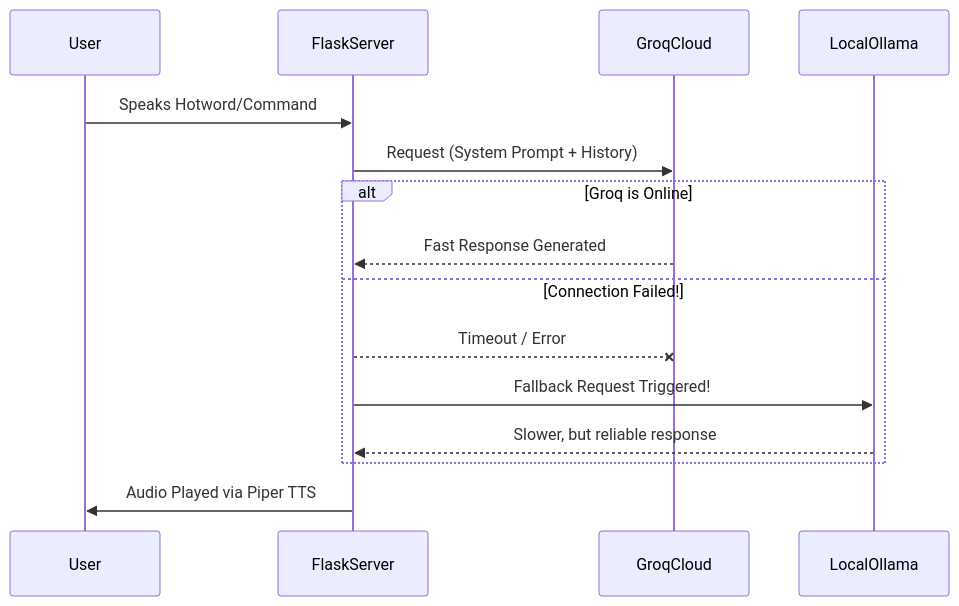
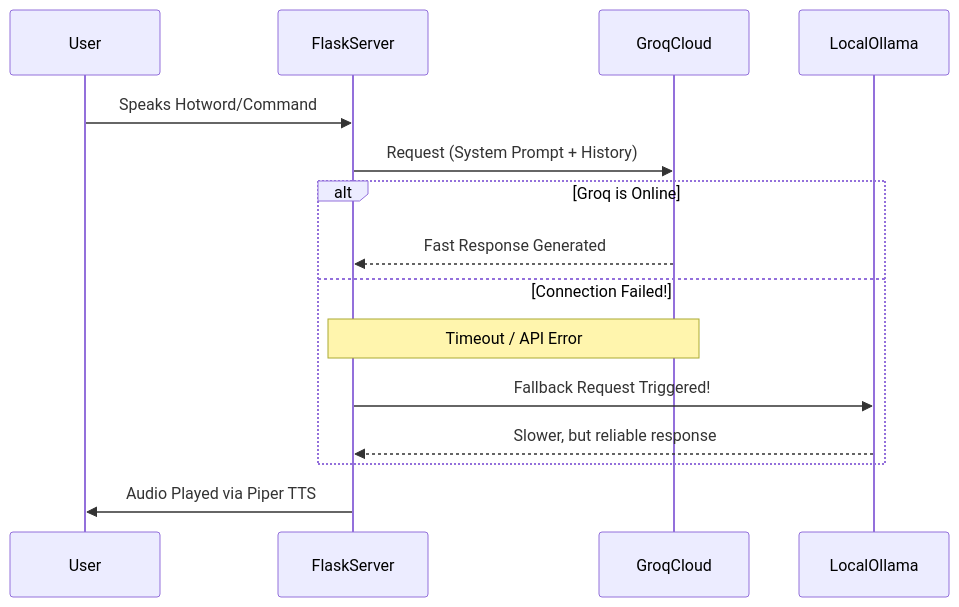
Before and after one commit to zwll0911/NoPants: the first of 2 diagrams in docs/ARCHITECTURE.md, drawn with Mermaid.

Commit message:
Change broken connection arrow to note in sequence diagram

````diff
--- a/docs/ARCHITECTURE.md
+++ b/docs/ARCHITECTURE.md
@@ -25,20 +25,20 @@
 ```mermaid
 sequenceDiagram
     participant User
     participant FlaskServer
     participant GroqCloud
     participant LocalOllama
     
     User->>FlaskServer: Speaks Hotword/Command
     FlaskServer->>GroqCloud: Request (System Prompt + History)
     
     alt Groq is Online
         GroqCloud-->>FlaskServer: Fast Response Generated
     else Connection Failed!
-        FlaskServer--xGroqCloud: Timeout / Error
+        Note over FlaskServer,GroqCloud: Timeout / API Error
         FlaskServer->>LocalOllama: Fallback Request Triggered!
         LocalOllama-->>FlaskServer: Slower, but reliable response
     end
     
     FlaskServer->>User: Audio Played via Piper TTS
 ```
````
